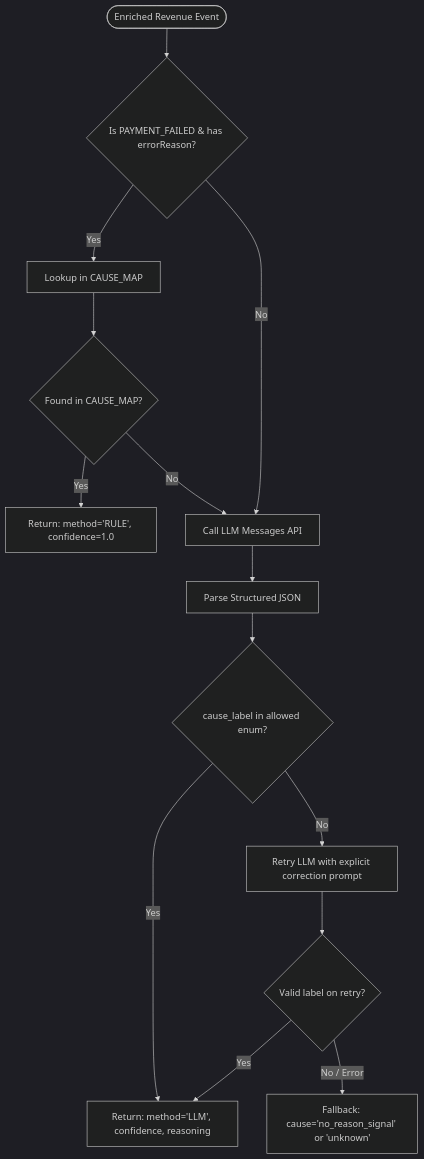
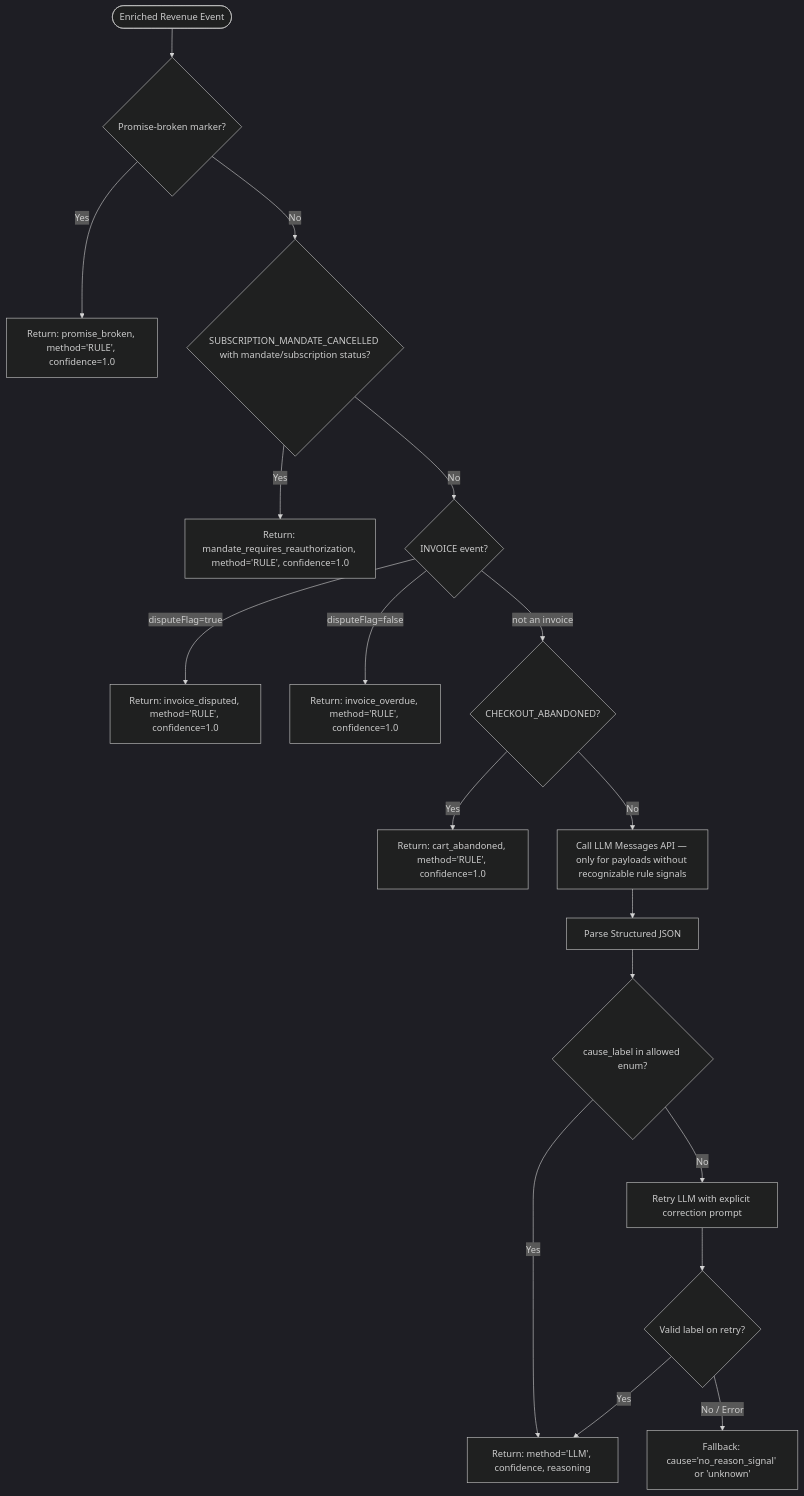
Before and after one commit to basith-ahmed/razor-recovery: the sixth of 7 diagrams in README.md, drawn with Mermaid (dark theme). The commit also changed other lines of this file and 47 other files, not shown here.

````diff
--- a/README.md
+++ b/README.md
@@ -1120,17 +1094,21 @@
 ```mermaid
 flowchart TD
-    Start([Enriched Revenue Event]) --> CheckEvent{Is PAYMENT_FAILED & has errorReason?}
-    CheckEvent -->|Yes| MapLookup[Lookup in CAUSE_MAP]
-    MapLookup --> FoundInMap{Found in CAUSE_MAP?}
-    FoundInMap -->|Yes| ReturnRule[Return: method='RULE', confidence=1.0]
-    FoundInMap -->|No| LLMCall
-    CheckEvent -->|No| LLMCall[Call LLM Messages API]
-    
+    Start([Enriched Revenue Event]) --> Promise{Promise-broken marker?}
+    Promise -->|Yes| ReturnPromise[Return: promise_broken, method='RULE', confidence=1.0]
+    Promise -->|No| Mandate{SUBSCRIPTION_MANDATE_CANCELLED with mandate/subscription status?}
+    Mandate -->|Yes| ReturnMandate[Return: mandate_requires_reauthorization, method='RULE', confidence=1.0]
+    Mandate -->|No| Invoice{INVOICE event?}
+    Invoice -->|disputeFlag=true| ReturnDisputed[Return: invoice_disputed, method='RULE', confidence=1.0]
+    Invoice -->|disputeFlag=false| ReturnOverdue[Return: invoice_overdue, method='RULE', confidence=1.0]
+    Invoice -->|not an invoice| Cart{CHECKOUT_ABANDONED?}
+    Cart -->|Yes| ReturnCart[Return: cart_abandoned, method='RULE', confidence=1.0]
+    Cart -->|No| LLMCall[Call LLM Messages API — only for payloads without recognizable rule signals]
+
     LLMCall --> ParseJson[Parse Structured JSON]
     ParseJson --> ValidLabel{cause_label in allowed enum?}
     ValidLabel -->|Yes| ReturnLLM[Return: method='LLM', confidence, reasoning]
     ValidLabel -->|No| RetryPrompt[Retry LLM with explicit correction prompt]
     RetryPrompt --> RetryValid{Valid label on retry?}
     RetryValid -->|Yes| ReturnLLM
     RetryValid -->|No / Error| Fallback[Fallback: cause='no_reason_signal' or 'unknown']
 ```
````
